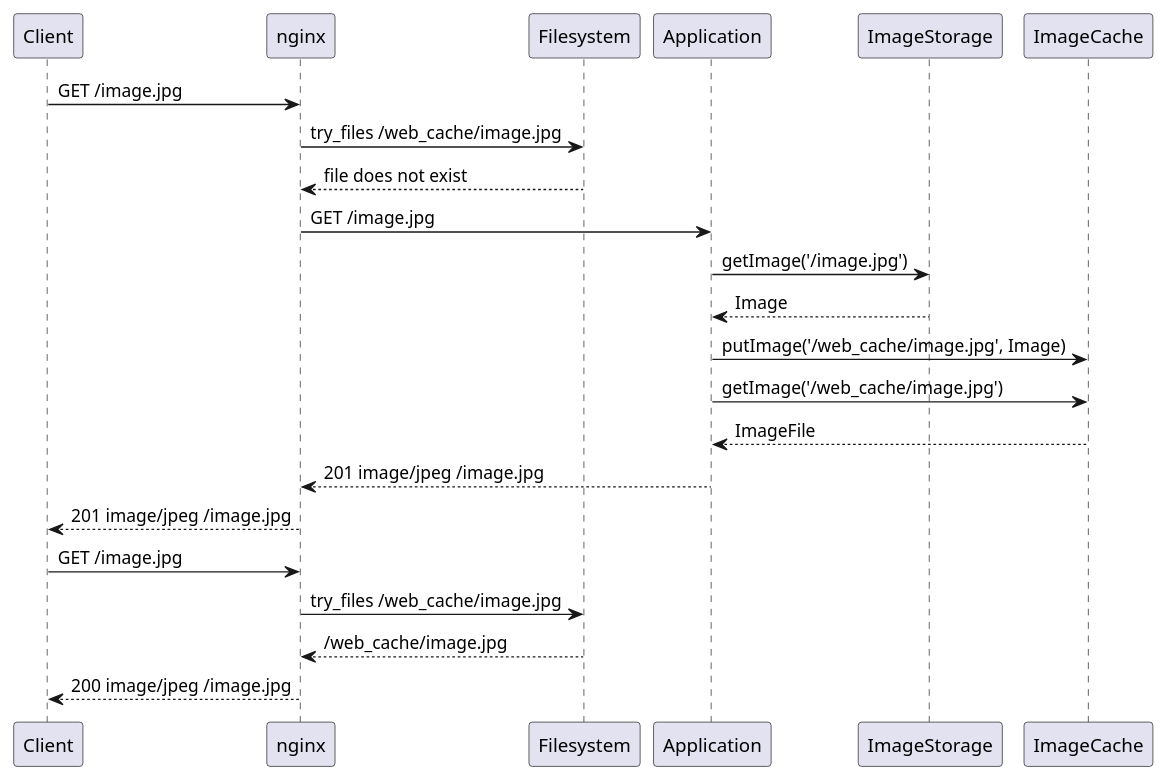
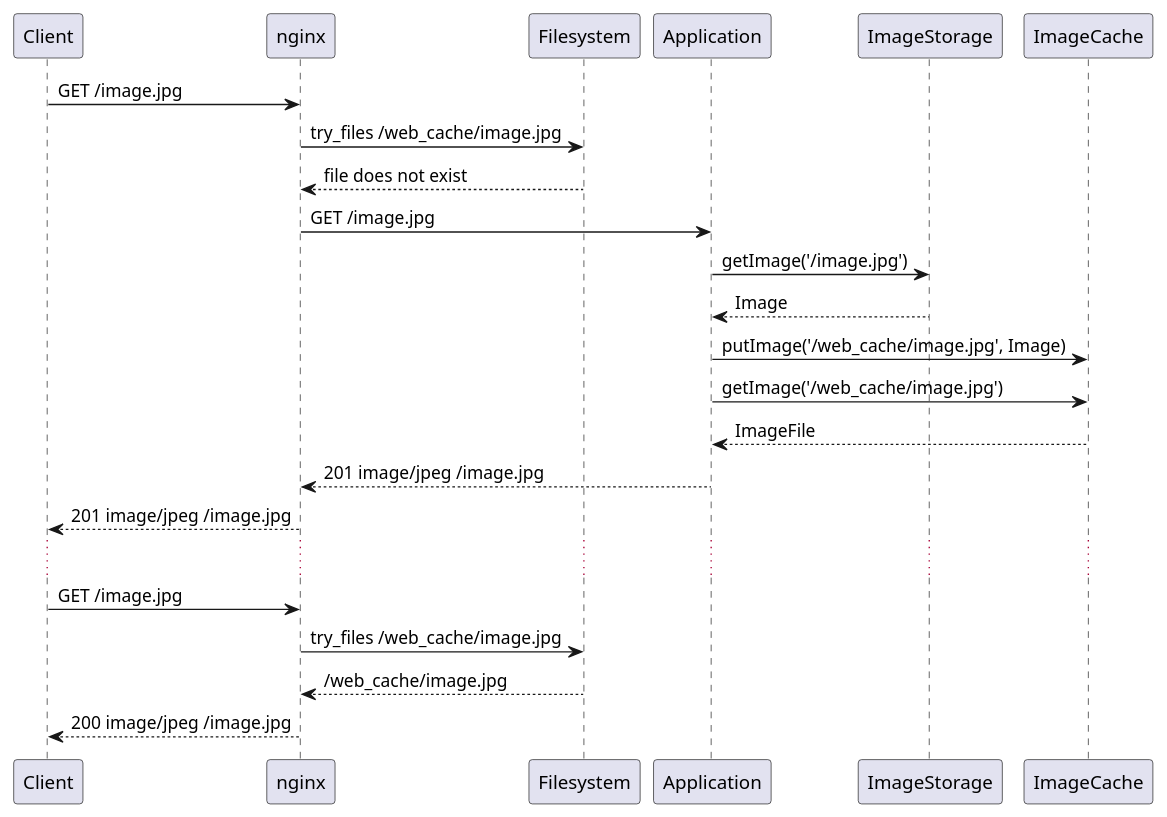
Before and after one commit to strider2038/image-cache: the diagram in docs/uml/client-server.puml, drawn with PlantUML. The commit also changed 4 other files, not shown here.

```diff
--- a/docs/uml/client-server.puml
+++ b/docs/uml/client-server.puml
@@ -1,20 +1,22 @@
 @startuml
 
 Client -> nginx: GET /image.jpg
 nginx -> Filesystem: try_files /web_cache/image.jpg
 nginx <-- Filesystem: file does not exist
 nginx -> Application: GET /image.jpg
 Application -> ImageStorage: getImage('/image.jpg')
 Application <-- ImageStorage: Image
 Application -> ImageCache: putImage('/web_cache/image.jpg', Image)
 Application -> ImageCache: getImage('/web_cache/image.jpg')
 Application <-- ImageCache: ImageFile
 nginx <-- Application: 201 image/jpeg /image.jpg
 Client <-- nginx: 201 image/jpeg /image.jpg
 
+...
+
 Client -> nginx: GET /image.jpg
 nginx -> Filesystem: try_files /web_cache/image.jpg
 nginx <-- Filesystem: /web_cache/image.jpg
 Client <-- nginx: 200 image/jpeg /image.jpg
 
 @enduml
```
